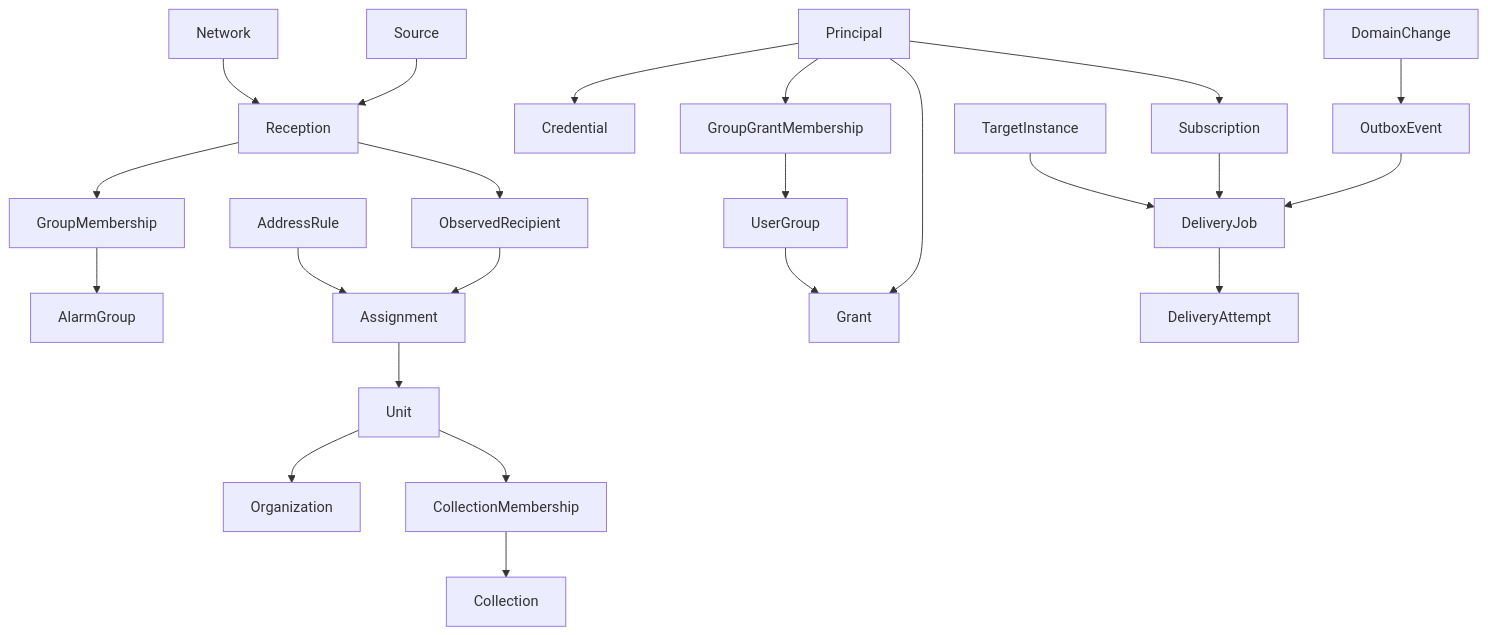
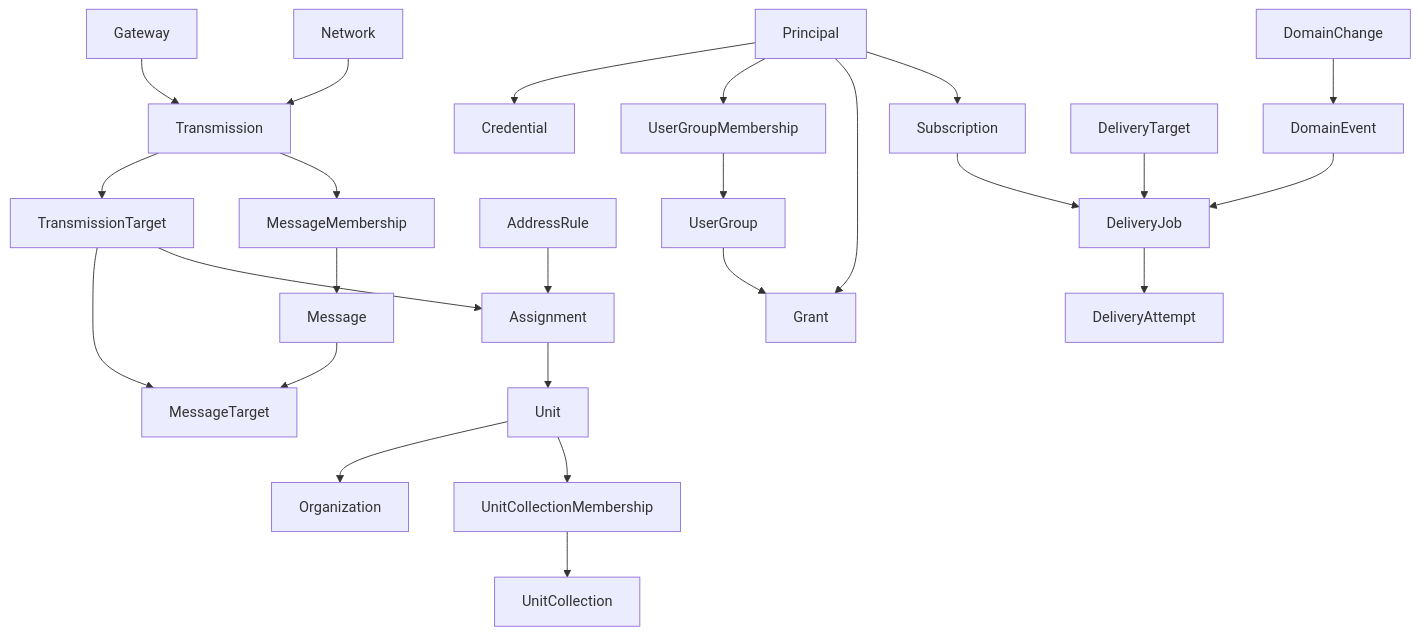
One commit to gopager/gopager changed the second of 2 diagrams in docs/architecture.md. Above: the diagram before and after it, drawn with Mermaid. The commit also changed other lines of this file and 7 other files, not shown here.

````diff
--- a/docs/architecture.md
+++ b/docs/architecture.md
@@ -114,25 +114,27 @@
 ```mermaid
 flowchart TD
-    Source --> Reception
-    Network --> Reception
-    Reception --> ObservedRecipient
-    Reception --> GroupMembership
-    GroupMembership --> AlarmGroup
-    ObservedRecipient --> Assignment
+    Gateway --> Transmission
+    Network --> Transmission
+    Transmission --> TransmissionTarget
+    Transmission --> MessageMembership
+    MessageMembership --> Message
+    Message --> MessageTarget
+    TransmissionTarget --> MessageTarget
+    TransmissionTarget --> Assignment
     AddressRule --> Assignment
     Assignment --> Unit
     Unit --> Organization
-    Unit --> CollectionMembership
-    CollectionMembership --> Collection
+    Unit --> UnitCollectionMembership
+    UnitCollectionMembership --> UnitCollection
     Principal --> Credential
-    Principal --> GroupGrantMembership
-    GroupGrantMembership --> UserGroup
+    Principal --> UserGroupMembership
+    UserGroupMembership --> UserGroup
     Principal --> Grant
     UserGroup --> Grant
-    DomainChange --> OutboxEvent
-    OutboxEvent --> DeliveryJob
+    DomainChange --> DomainEvent
+    DomainEvent --> DeliveryJob
     Subscription --> DeliveryJob
     Principal --> Subscription
-    TargetInstance --> DeliveryJob
+    DeliveryTarget --> DeliveryJob
     DeliveryJob --> DeliveryAttempt
 ```
````
